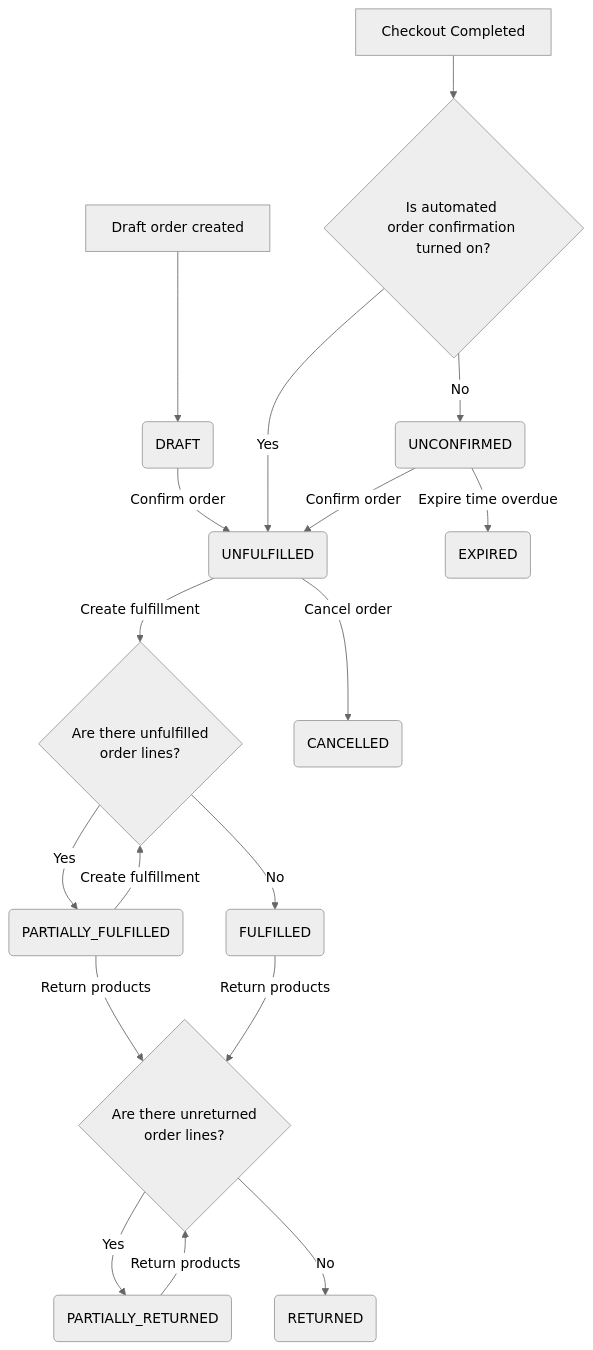
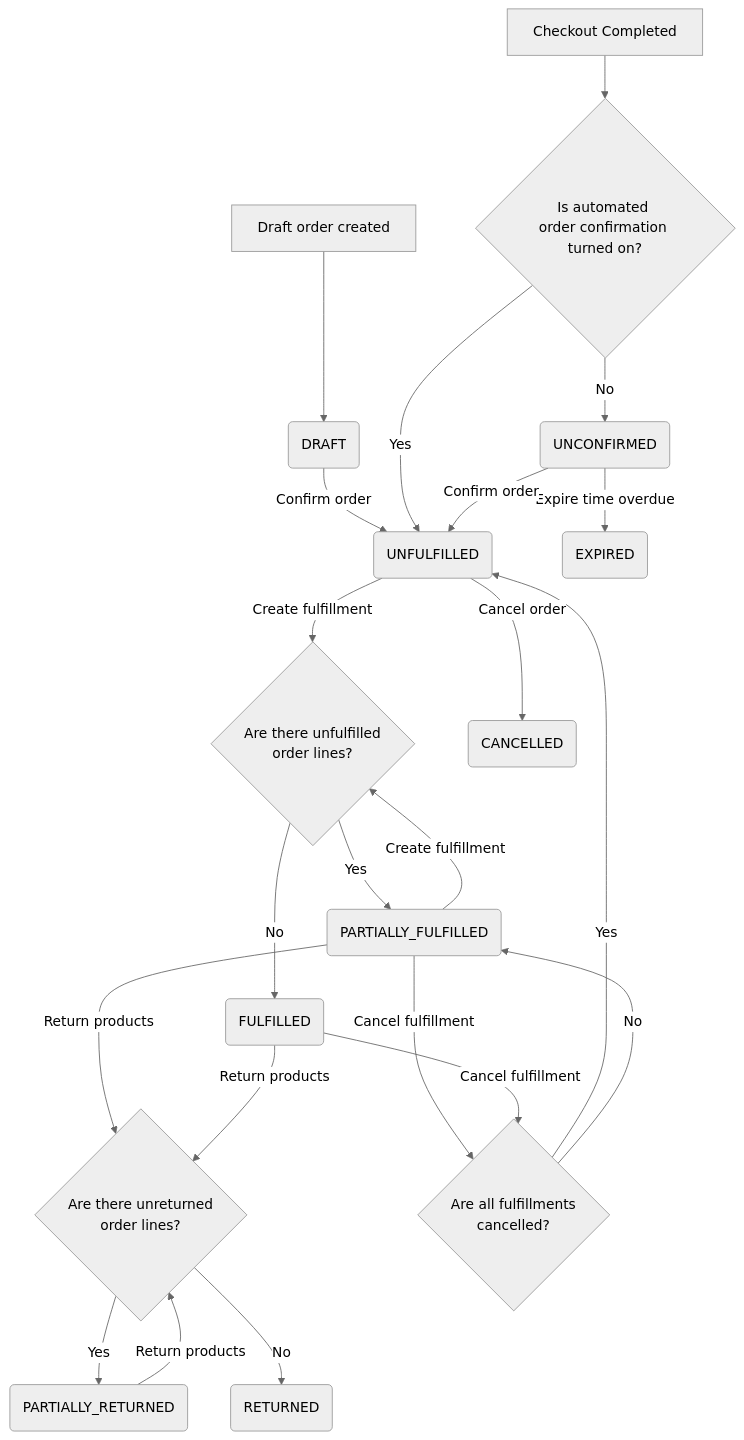
The first of 7 diagrams in docs/developer/checkout/order-status.mdx (saleor/saleor-docs), drawn with Mermaid (neutral theme) before and after one commit. The commit also changed other lines of this file and 1 other file, not shown here.

Commit message:
Add info about fulfillment cancelation

````diff
--- a/docs/developer/checkout/order-status.mdx
+++ b/docs/developer/checkout/order-status.mdx
@@ -19,29 +19,35 @@
 ```mermaid
 flowchart TD
     CreatedDraft[Draft order created] --> DRAFT(DRAFT)
     CheckoutCompleted[Checkout Completed]
 
     DRAFT -->|Confirm order| UNFULFILLED(UNFULFILLED)
 
     CheckoutCompleted --> isAutomated{Is automated \norder confirmation turned on?}
     isAutomated -->|Yes| UNFULFILLED
     isAutomated -->|No| UNCONFIRMED(UNCONFIRMED)
 
-
     UNCONFIRMED -->|Expire time overdue| EXPIRED(EXPIRED)
     UNCONFIRMED -->|Confirm order| UNFULFILLED
 
     UNFULFILLED -->|Create fulfillment| isNotFulfilled{Are there unfulfilled\n order lines?}
     isNotFulfilled -->|Yes| PARTIALLY_FULFILLED(PARTIALLY_FULFILLED)
     isNotFulfilled -->|No| FULFILLED(FULFILLED)
     UNFULFILLED -->|Cancel order| CANCELLED(CANCELLED)
 
     PARTIALLY_FULFILLED -->|Create fulfillment| isNotFulfilled
-    PARTIALLY_FULFILLED -->|Return products| isNotReturned{Are there unreturned\n order lines?}
+    PARTIALLY_FULFILLED --->|Return products| isNotReturned{Are there unreturned\n order lines?}
+    PARTIALLY_FULFILLED --->|Cancel fulfillment| isAllCancelled{Are all fulfillments\n cancelled?}
 
     FULFILLED -->|Return products| isNotReturned
+    FULFILLED -->|Cancel fulfillment| isAllCancelled
+
+    isAllCancelled -->|Yes| UNFULFILLED
+    isAllCancelled -->|No| PARTIALLY_FULFILLED
+
     isNotReturned -->|Yes| PARTIALLY_RETURNED(PARTIALLY_RETURNED)
     isNotReturned -->|No| RETURNED(RETURNED)
 
     PARTIALLY_RETURNED -->|Return products| isNotReturned
+
 ```
````
